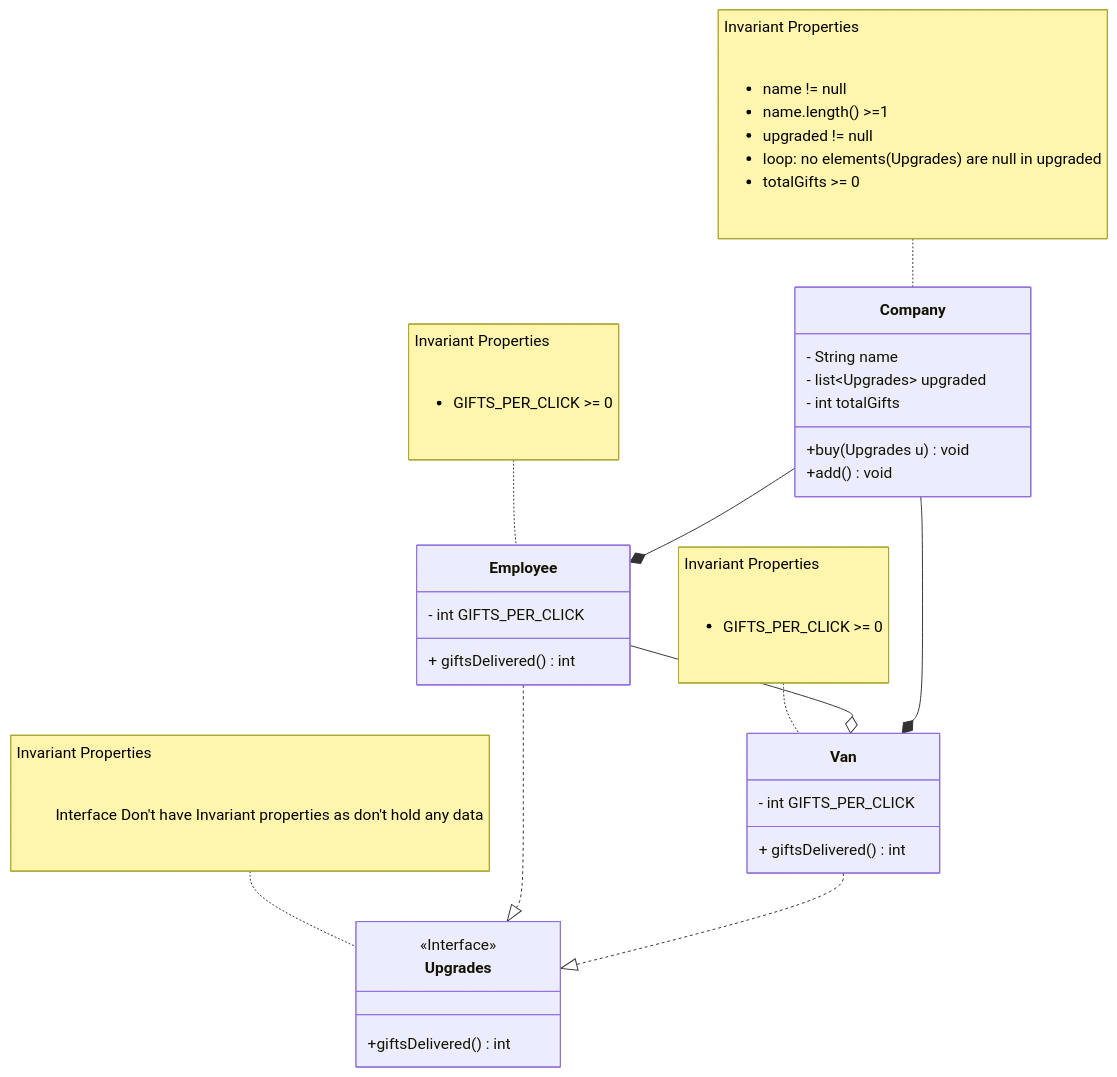
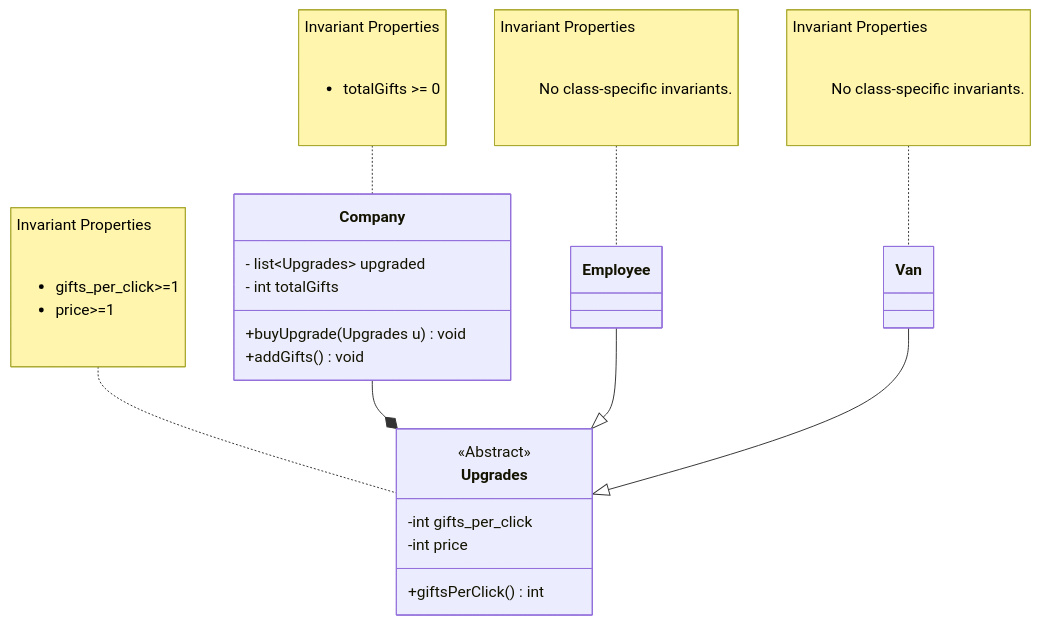
One commit to umangmehta0007/Clicker changed the diagram in domain.md. Above: the diagram before and after it, drawn with Mermaid. The commit also changed 2 other files, not shown here.

Commit message:
Modified the domain model - Added a super class instead of interface - removed invariants where it was checking null as in TypeScript we don't need to check for the null - super class had properties for price/cost of upgrade and gifts delivered per click made by that upgrade- realtionship were redefined

````diff
--- a/domain.md
+++ b/domain.md
@@ -9,69 +9,58 @@
 ```mermaid
 classDiagram
         
         note for Company "Invariant Properties
              <ul> 
-                <li> name != null
-                <li> name.length() >=1
-                <li>upgraded != null
-                <li> loop: no elements(Upgrades) are null in upgraded
                 <li> totalGifts >= 0
             </ul>
         "
     
     class Company{
-        - String name
         - list~Upgrades~ upgraded
         - int totalGifts
         
         %%Purchasing the upgrade and adding it to the list
-        +buy(Upgrades u) void
+        +buyUpgrade(Upgrades u) void
         
         %%this add method is responsible for calculating total gifts per click
         %%and adding them to total gifts per click.
-        +add() void 
+        +addGifts() void 
         
     }
     note for Upgrades "Invariant Properties
              <ul> 
-                Interface Don't have Invariant properties as don't hold any data
+                <li>gifts_per_click>=1
+                <li>price>=1
             </ul>
         "
         
     class Upgrades{
-        <<Interface>>
+        <<Abstract>>
+        
+        -int gifts_per_click
+        -int price
             
         %% This method would give the speciality of my upgrade
         %% Calculating the gifts/click as per the upgrade. 
-        +giftsDelivered() int
+        +giftsPerClick() int
     }
 
     note for Employee "Invariant Properties
              <ul> 
-                <li> GIFTS_PER_CLICK >= 0
+                  No class-specific invariants. 
             </ul>
         "
     class Employee{
-        - int GIFTS_PER_CLICK
-        + giftsDelivered() int
     }
-    
     note for Van "Invariant Properties
              <ul> 
-                <li> GIFTS_PER_CLICK >= 0
+                No class-specific invariants. 
             </ul>
         "
     class Van{
-        - int GIFTS_PER_CLICK
-        + giftsDelivered() int
     }
     
-    Employee --o Van
-
-    Company--* Employee
-    Company--* Van
-    
-    
-    Employee..|>Upgrades
-    Van..|>Upgrades
+    Company--* Upgrades
+    Employee--|>Upgrades
+    Van--|>Upgrades
 ```
````
